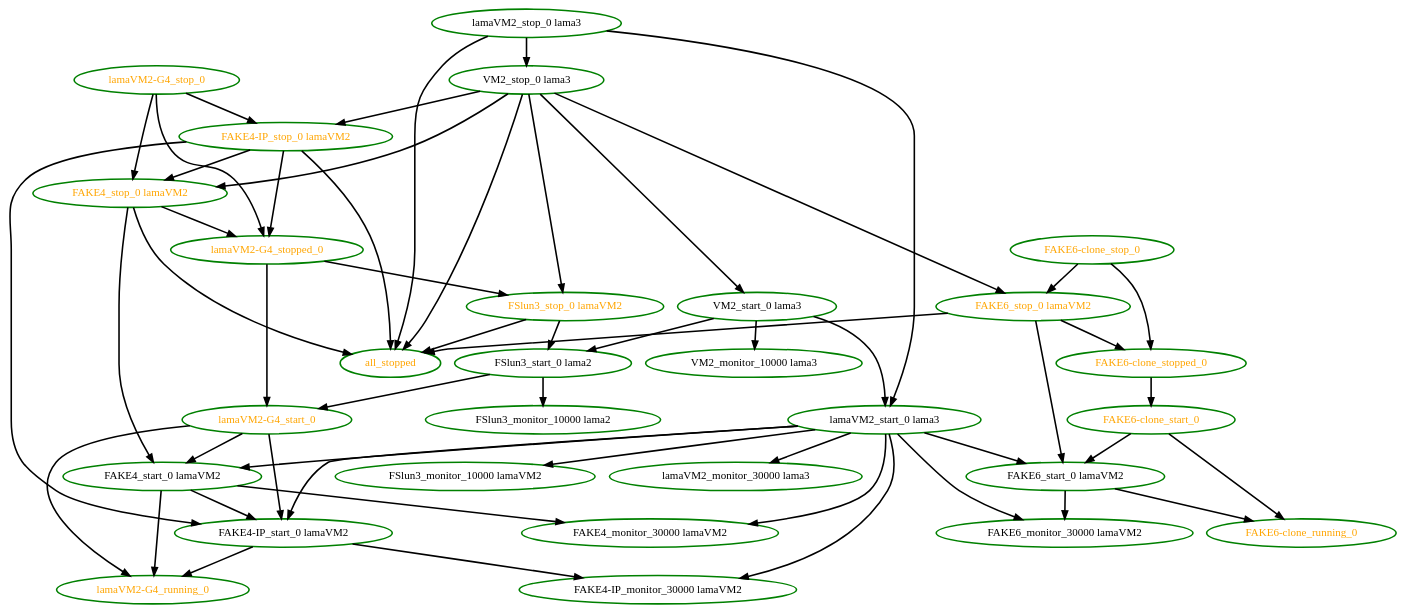
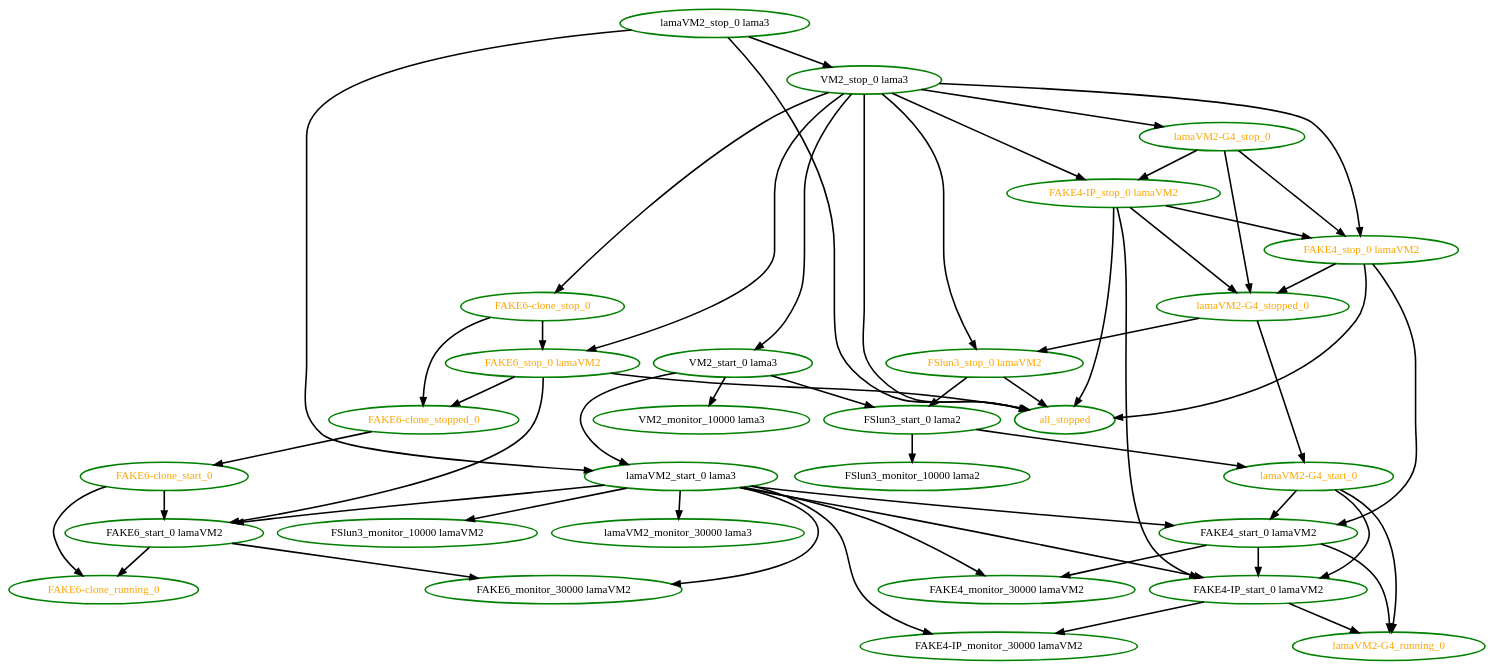
The diagram in pengine/test10/bug-rh-1097457.dot (ClusterLabs/pacemaker), drawn with Graphviz before and after one commit. The commit also changed 11 other files, not shown here.

```diff
--- a/pengine/test10/bug-rh-1097457.dot
+++ b/pengine/test10/bug-rh-1097457.dot
@@ -1,84 +1,86 @@
 digraph "g" {
 "FAKE4-IP_monitor_30000 lamaVM2" [ style=bold color="green" fontcolor="black"]
 "FAKE4-IP_start_0 lamaVM2" -> "FAKE4-IP_monitor_30000 lamaVM2" [ style = bold]
 "FAKE4-IP_start_0 lamaVM2" -> "lamaVM2-G4_running_0" [ style = bold]
 "FAKE4-IP_start_0 lamaVM2" [ style=bold color="green" fontcolor="black"]
 "FAKE4-IP_stop_0 lamaVM2" -> "FAKE4-IP_start_0 lamaVM2" [ style = bold]
 "FAKE4-IP_stop_0 lamaVM2" -> "FAKE4_stop_0 lamaVM2" [ style = bold]
 "FAKE4-IP_stop_0 lamaVM2" -> "all_stopped" [ style = bold]
 "FAKE4-IP_stop_0 lamaVM2" -> "lamaVM2-G4_stopped_0" [ style = bold]
 "FAKE4-IP_stop_0 lamaVM2" [ style=bold color="green" fontcolor="orange"]
 "FAKE4_monitor_30000 lamaVM2" [ style=bold color="green" fontcolor="black"]
 "FAKE4_start_0 lamaVM2" -> "FAKE4-IP_start_0 lamaVM2" [ style = bold]
 "FAKE4_start_0 lamaVM2" -> "FAKE4_monitor_30000 lamaVM2" [ style = bold]
 "FAKE4_start_0 lamaVM2" -> "lamaVM2-G4_running_0" [ style = bold]
 "FAKE4_start_0 lamaVM2" [ style=bold color="green" fontcolor="black"]
 "FAKE4_stop_0 lamaVM2" -> "FAKE4_start_0 lamaVM2" [ style = bold]
 "FAKE4_stop_0 lamaVM2" -> "all_stopped" [ style = bold]
 "FAKE4_stop_0 lamaVM2" -> "lamaVM2-G4_stopped_0" [ style = bold]
 "FAKE4_stop_0 lamaVM2" [ style=bold color="green" fontcolor="orange"]
 "FAKE6-clone_running_0" [ style=bold color="green" fontcolor="orange"]
 "FAKE6-clone_start_0" -> "FAKE6-clone_running_0" [ style = bold]
 "FAKE6-clone_start_0" -> "FAKE6_start_0 lamaVM2" [ style = bold]
 "FAKE6-clone_start_0" [ style=bold color="green" fontcolor="orange"]
 "FAKE6-clone_stop_0" -> "FAKE6-clone_stopped_0" [ style = bold]
 "FAKE6-clone_stop_0" -> "FAKE6_stop_0 lamaVM2" [ style = bold]
 "FAKE6-clone_stop_0" [ style=bold color="green" fontcolor="orange"]
 "FAKE6-clone_stopped_0" -> "FAKE6-clone_start_0" [ style = bold]
 "FAKE6-clone_stopped_0" [ style=bold color="green" fontcolor="orange"]
 "FAKE6_monitor_30000 lamaVM2" [ style=bold color="green" fontcolor="black"]
 "FAKE6_start_0 lamaVM2" -> "FAKE6-clone_running_0" [ style = bold]
 "FAKE6_start_0 lamaVM2" -> "FAKE6_monitor_30000 lamaVM2" [ style = bold]
 "FAKE6_start_0 lamaVM2" [ style=bold color="green" fontcolor="black"]
 "FAKE6_stop_0 lamaVM2" -> "FAKE6-clone_stopped_0" [ style = bold]
 "FAKE6_stop_0 lamaVM2" -> "FAKE6_start_0 lamaVM2" [ style = bold]
 "FAKE6_stop_0 lamaVM2" -> "all_stopped" [ style = bold]
 "FAKE6_stop_0 lamaVM2" [ style=bold color="green" fontcolor="orange"]
 "FSlun3_monitor_10000 lama2" [ style=bold color="green" fontcolor="black"]
 "FSlun3_monitor_10000 lamaVM2" [ style=bold color="green" fontcolor="black"]
 "FSlun3_start_0 lama2" -> "FSlun3_monitor_10000 lama2" [ style = bold]
 "FSlun3_start_0 lama2" -> "lamaVM2-G4_start_0" [ style = bold]
 "FSlun3_start_0 lama2" [ style=bold color="green" fontcolor="black"]
 "FSlun3_stop_0 lamaVM2" -> "FSlun3_start_0 lama2" [ style = bold]
 "FSlun3_stop_0 lamaVM2" -> "all_stopped" [ style = bold]
 "FSlun3_stop_0 lamaVM2" [ style=bold color="green" fontcolor="orange"]
 "VM2_monitor_10000 lama3" [ style=bold color="green" fontcolor="black"]
 "VM2_start_0 lama3" -> "FSlun3_start_0 lama2" [ style = bold]
 "VM2_start_0 lama3" -> "VM2_monitor_10000 lama3" [ style = bold]
 "VM2_start_0 lama3" -> "lamaVM2_start_0 lama3" [ style = bold]
 "VM2_start_0 lama3" [ style=bold color="green" fontcolor="black"]
 "VM2_stop_0 lama3" -> "FAKE4-IP_stop_0 lamaVM2" [ style = bold]
 "VM2_stop_0 lama3" -> "FAKE4_stop_0 lamaVM2" [ style = bold]
+"VM2_stop_0 lama3" -> "FAKE6-clone_stop_0" [ style = bold]
 "VM2_stop_0 lama3" -> "FAKE6_stop_0 lamaVM2" [ style = bold]
 "VM2_stop_0 lama3" -> "FSlun3_stop_0 lamaVM2" [ style = bold]
 "VM2_stop_0 lama3" -> "VM2_start_0 lama3" [ style = bold]
 "VM2_stop_0 lama3" -> "all_stopped" [ style = bold]
+"VM2_stop_0 lama3" -> "lamaVM2-G4_stop_0" [ style = bold]
 "VM2_stop_0 lama3" [ style=bold color="green" fontcolor="black"]
 "all_stopped" [ style=bold color="green" fontcolor="orange"]
 "lamaVM2-G4_running_0" [ style=bold color="green" fontcolor="orange"]
 "lamaVM2-G4_start_0" -> "FAKE4-IP_start_0 lamaVM2" [ style = bold]
 "lamaVM2-G4_start_0" -> "FAKE4_start_0 lamaVM2" [ style = bold]
 "lamaVM2-G4_start_0" -> "lamaVM2-G4_running_0" [ style = bold]
 "lamaVM2-G4_start_0" [ style=bold color="green" fontcolor="orange"]
 "lamaVM2-G4_stop_0" -> "FAKE4-IP_stop_0 lamaVM2" [ style = bold]
 "lamaVM2-G4_stop_0" -> "FAKE4_stop_0 lamaVM2" [ style = bold]
 "lamaVM2-G4_stop_0" -> "lamaVM2-G4_stopped_0" [ style = bold]
 "lamaVM2-G4_stop_0" [ style=bold color="green" fontcolor="orange"]
 "lamaVM2-G4_stopped_0" -> "FSlun3_stop_0 lamaVM2" [ style = bold]
 "lamaVM2-G4_stopped_0" -> "lamaVM2-G4_start_0" [ style = bold]
 "lamaVM2-G4_stopped_0" [ style=bold color="green" fontcolor="orange"]
 "lamaVM2_monitor_30000 lama3" [ style=bold color="green" fontcolor="black"]
 "lamaVM2_start_0 lama3" -> "FAKE4-IP_monitor_30000 lamaVM2" [ style = bold]
 "lamaVM2_start_0 lama3" -> "FAKE4-IP_start_0 lamaVM2" [ style = bold]
 "lamaVM2_start_0 lama3" -> "FAKE4_monitor_30000 lamaVM2" [ style = bold]
 "lamaVM2_start_0 lama3" -> "FAKE4_start_0 lamaVM2" [ style = bold]
 "lamaVM2_start_0 lama3" -> "FAKE6_monitor_30000 lamaVM2" [ style = bold]
 "lamaVM2_start_0 lama3" -> "FAKE6_start_0 lamaVM2" [ style = bold]
 "lamaVM2_start_0 lama3" -> "FSlun3_monitor_10000 lamaVM2" [ style = bold]
 "lamaVM2_start_0 lama3" -> "lamaVM2_monitor_30000 lama3" [ style = bold]
 "lamaVM2_start_0 lama3" [ style=bold color="green" fontcolor="black"]
 "lamaVM2_stop_0 lama3" -> "VM2_stop_0 lama3" [ style = bold]
 "lamaVM2_stop_0 lama3" -> "all_stopped" [ style = bold]
 "lamaVM2_stop_0 lama3" -> "lamaVM2_start_0 lama3" [ style = bold]
 "lamaVM2_stop_0 lama3" [ style=bold color="green" fontcolor="black"]
 }
```
